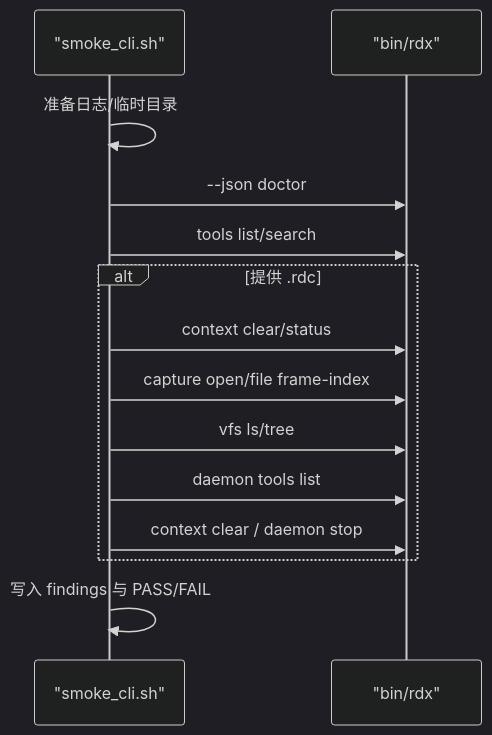
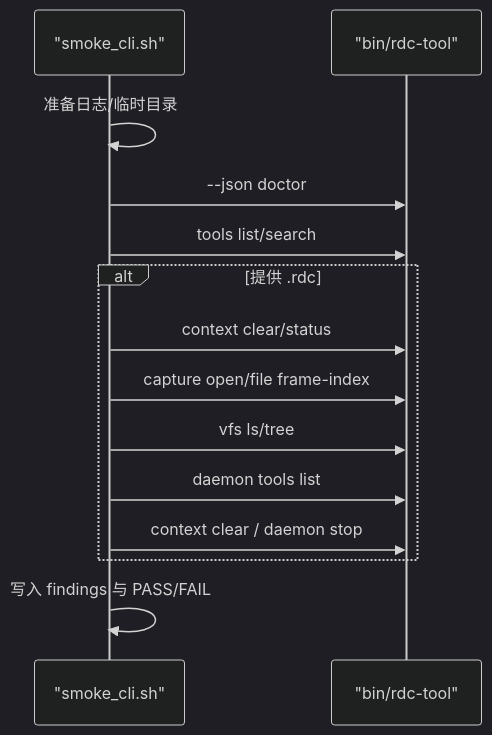
Before and after one commit to haolange/RDC-Tool: the fifth of 8 diagrams in .qoder/repowiki/zh/content/开发指南/开发指南.md, drawn with Mermaid (dark theme). The commit also changed other lines of this file and 388 other files, not shown here.

First line of the commit message:
Release RDC-Tool identity and public maintenance surface

````diff
--- a/.qoder/repowiki/zh/content/开发指南/开发指南.md
+++ b/.qoder/repowiki/zh/content/开发指南/开发指南.md
@@ -195,16 +195,16 @@
 ```mermaid
 sequenceDiagram
 participant S as "smoke_cli.sh"
-participant R as "bin/rdx"
+participant R as "bin/rdc-tool"
 S->>S : 准备日志/临时目录
 S->>R : --json doctor
 S->>R : tools list/search
 alt 提供 .rdc
 S->>R : context clear/status
 S->>R : capture open/file frame-index
 S->>R : vfs ls/tree
 S->>R : daemon tools list
 S->>R : context clear / daemon stop
 end
 S->>S : 写入 findings 与 PASS/FAIL
 ```
````
